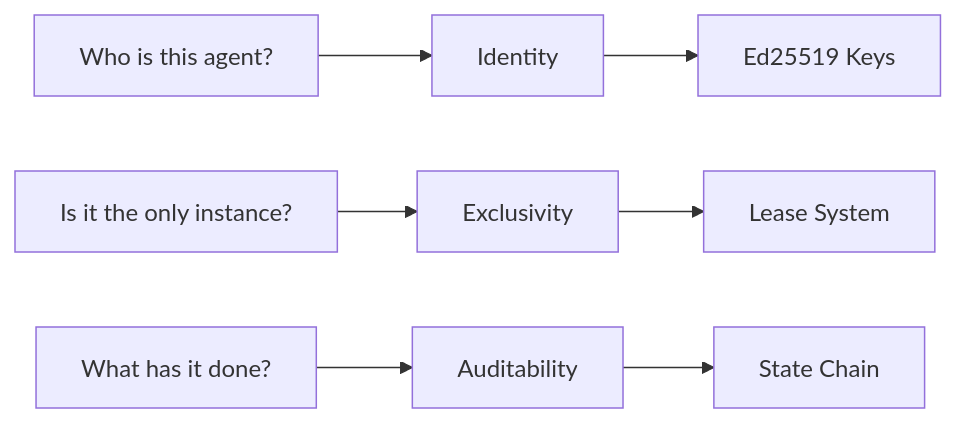
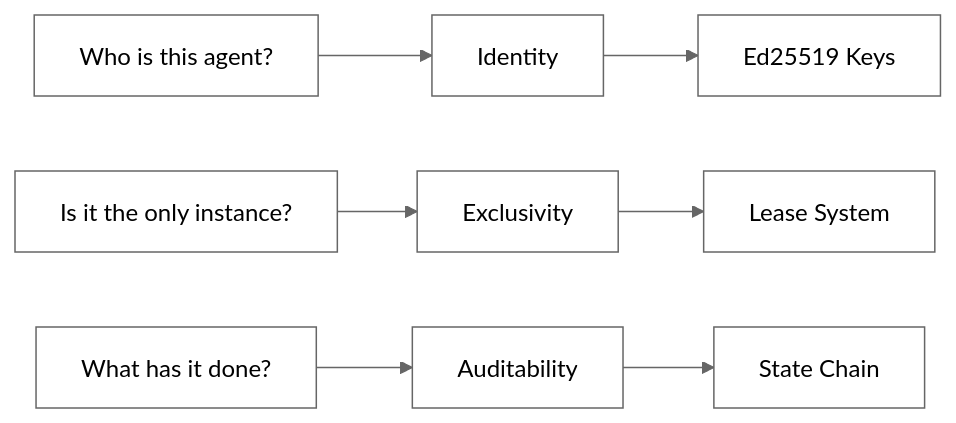
One commit to trustorno/sigaid changed the first of 7 diagrams in README.md. Above: the diagram before and after it, drawn with Mermaid. The commit also changed other lines of this file, not shown here.

Commit message:
Transparent boxes in diagrams

````diff
--- a/README.md
+++ b/README.md
@@ -15,10 +15,21 @@
 ```mermaid
+%%{init: {'theme': 'neutral', 'themeVariables': { 'nodeBorder': '#333', 'mainBkg': 'transparent', 'clusterBkg': 'transparent'}}}%%
 graph LR
     Q1[Who is this agent?] --> A1[Identity]
     Q2[Is it the only instance?] --> A2[Exclusivity]
     Q3[What has it done?] --> A3[Auditability]
 
     A1 --> S1[Ed25519 Keys]
     A2 --> S2[Lease System]
     A3 --> S3[State Chain]
+
+    style Q1 fill:none,stroke:#666
+    style Q2 fill:none,stroke:#666
+    style Q3 fill:none,stroke:#666
+    style A1 fill:none,stroke:#666
+    style A2 fill:none,stroke:#666
+    style A3 fill:none,stroke:#666
+    style S1 fill:none,stroke:#666
+    style S2 fill:none,stroke:#666
+    style S3 fill:none,stroke:#666
 ```
````
